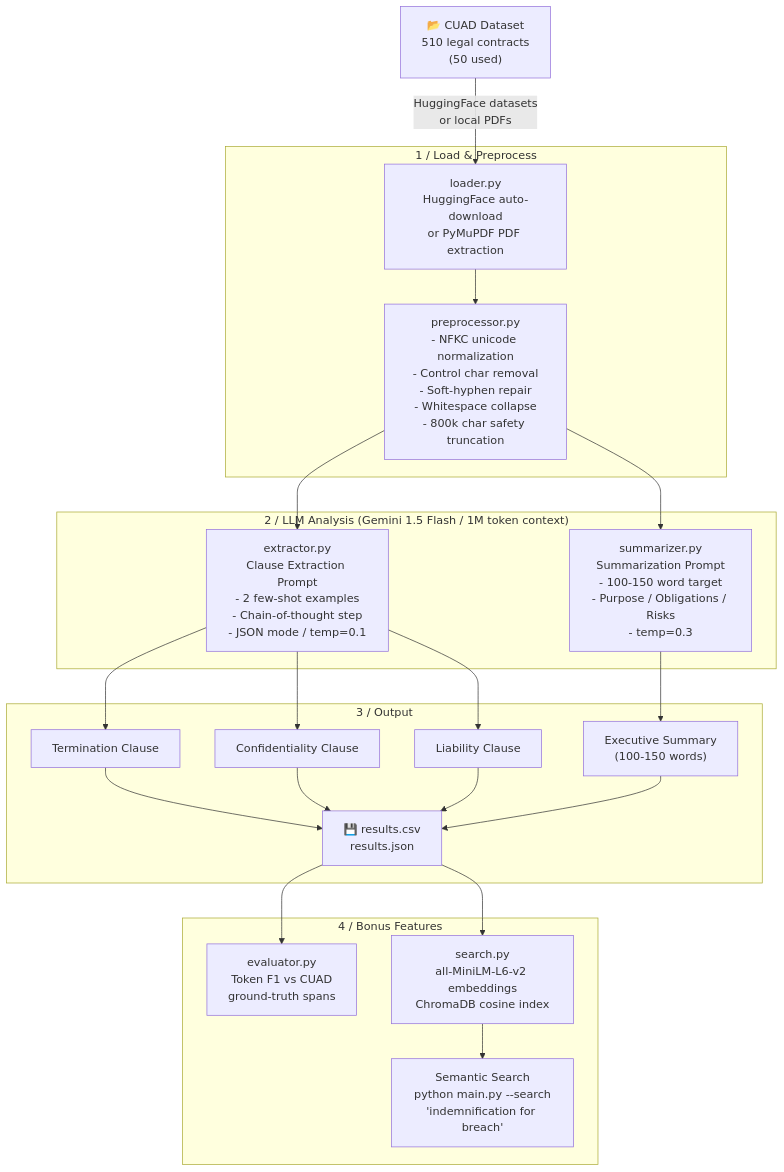
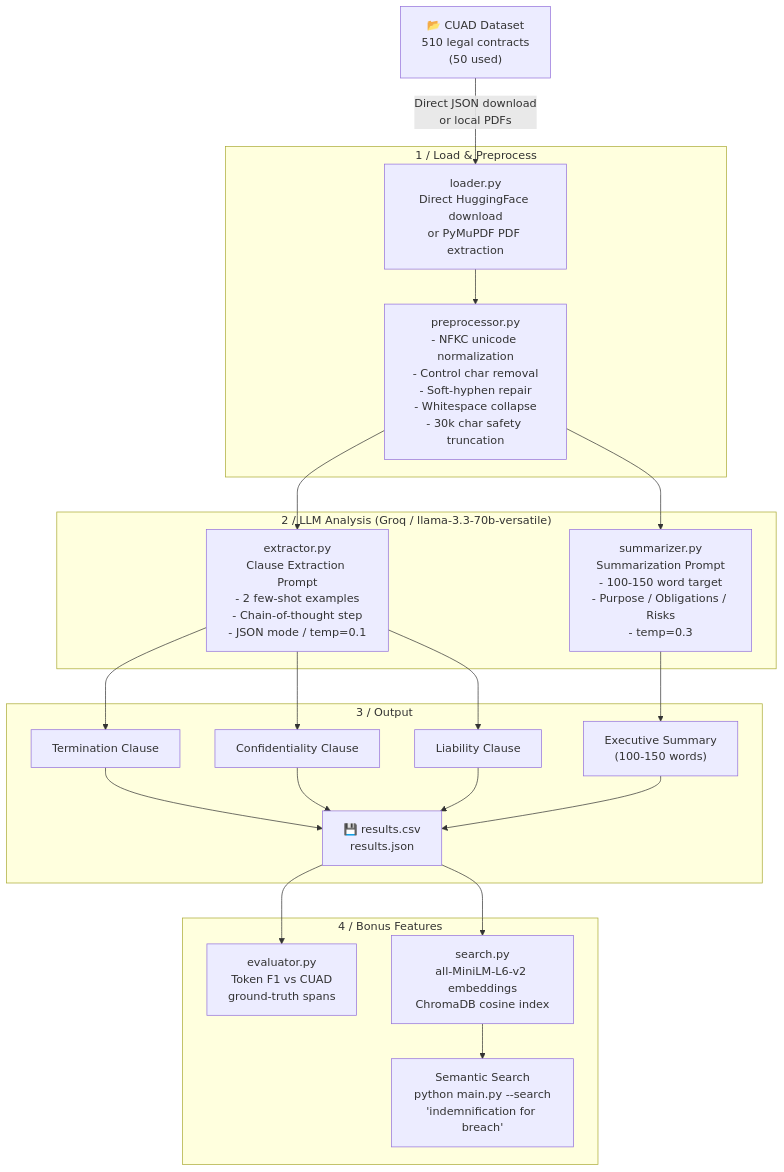
Before and after one commit to 16PHANI/legal-contract-intelligence: the diagram in README.md, drawn with Mermaid. The commit also changed other lines of this file, not shown here.

Commit message:
Update README: Groq instead of Gemini

````diff
--- a/README.md
+++ b/README.md
@@ -9,30 +9,30 @@
 ```mermaid
 flowchart TD
     A["📂 CUAD Dataset\n510 legal contracts\n(50 used)"]
 
-    A -->|"HuggingFace datasets\nor local PDFs"| B
+    A -->|"Direct JSON download\nor local PDFs"| B
 
     subgraph LOAD ["1 / Load & Preprocess"]
-        B["loader.py\nHuggingFace auto-download\nor PyMuPDF PDF extraction"]
-        B --> C["preprocessor.py\n- NFKC unicode normalization\n- Control char removal\n- Soft-hyphen repair\n- Whitespace collapse\n- 800k char safety truncation"]
+        B["loader.py\nDirect HuggingFace download\nor PyMuPDF PDF extraction"]
+        B --> C["preprocessor.py\n- NFKC unicode normalization\n- Control char removal\n- Soft-hyphen repair\n- Whitespace collapse\n- 30k char safety truncation"]
     end
 
-    subgraph LLM ["2 / LLM Analysis  (Gemini 1.5 Flash / 1M token context)"]
+    subgraph LLM ["2 / LLM Analysis  (Groq / llama-3.3-70b-versatile)"]
         C --> D1["extractor.py\nClause Extraction Prompt\n- 2 few-shot examples\n- Chain-of-thought step\n- JSON mode / temp=0.1"]
         C --> D2["summarizer.py\nSummarization Prompt\n- 100-150 word target\n- Purpose / Obligations / Risks\n- temp=0.3"]
     end
 
     subgraph OUT ["3 / Output"]
         D1 --> E["Termination Clause"]
         D1 --> F["Confidentiality Clause"]
         D1 --> G["Liability Clause"]
         D2 --> H["Executive Summary\n(100-150 words)"]
         E & F & G & H --> I["💾 results.csv\n    results.json"]
     end
 
     subgraph BONUS ["4 / Bonus Features"]
         I --> J["evaluator.py\nToken F1 vs CUAD\nground-truth spans"]
         I --> K["search.py\nall-MiniLM-L6-v2 embeddings\nChromaDB cosine index"]
         K --> L["Semantic Search\npython main.py --search\n'indemnification for breach'"]
     end
 ```
````
